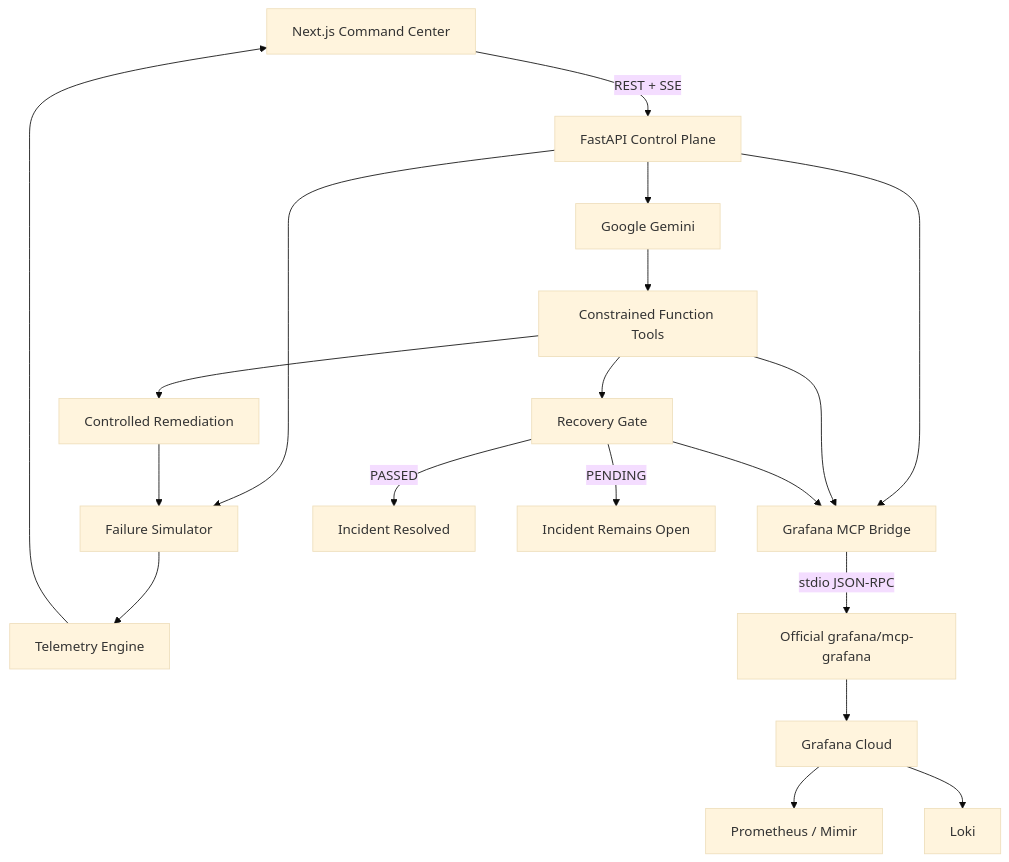
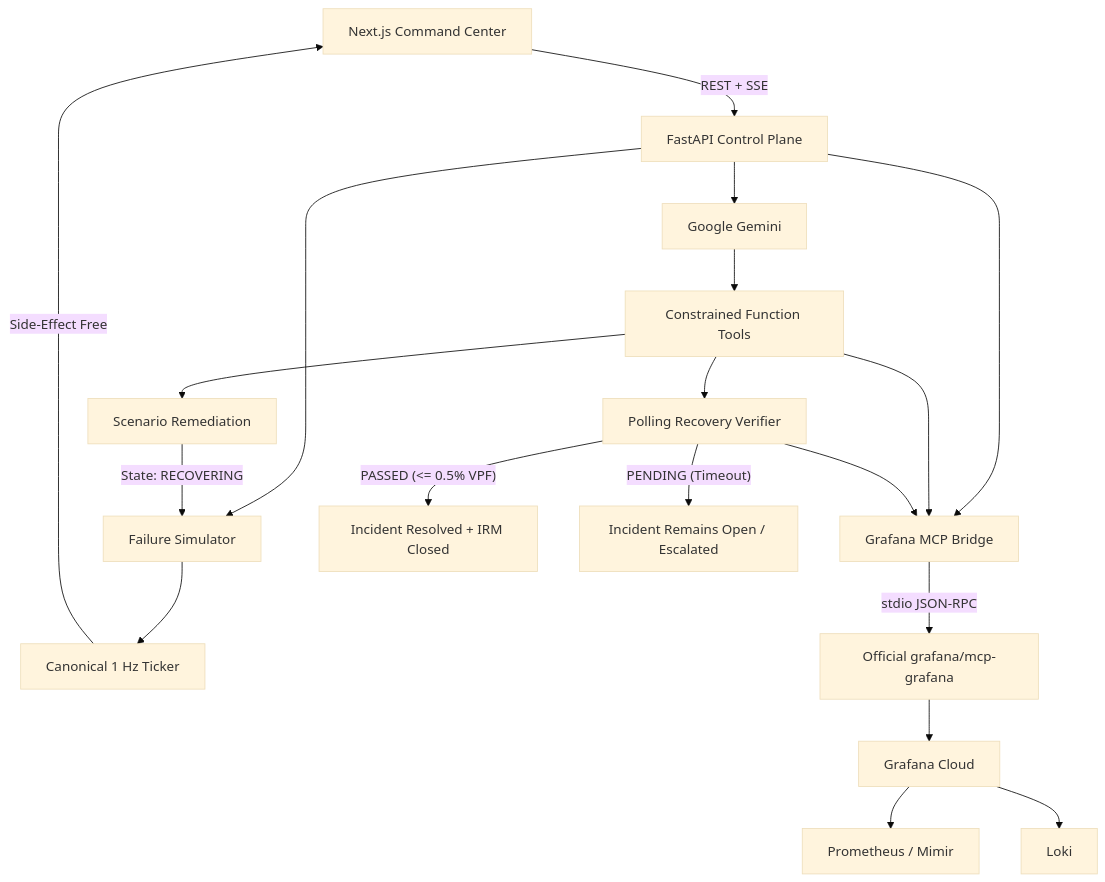
One commit to bobybarack/continuity-sre changed the diagram in README.md. Above: the diagram before and after it, drawn with Mermaid (base theme). The commit also changed other lines of this file, not shown here.

````diff
--- a/README.md
+++ b/README.md
@@ -80,38 +90,38 @@
 ```mermaid
 flowchart TD
     UI["Next.js Command Center"]
     API["FastAPI Control Plane"]
     CHAOS["Failure Simulator"]
-    TELEMETRY["Telemetry Engine"]
+    TICKER["Canonical 1 Hz Ticker"]
     GEMINI["Google Gemini"]
     TOOLS["Constrained Function Tools"]
     BRIDGE["Grafana MCP Bridge"]
     MCP["Official grafana/mcp-grafana"]
     GRAFANA["Grafana Cloud"]
     PROM["Prometheus / Mimir"]
     LOKI["Loki"]
-    ACTION["Controlled Remediation"]
-    VERIFY["Recovery Gate"]
+    ACTION["Scenario Remediation"]
+    VERIFY["Polling Recovery Verifier"]
 
     UI -->|"REST + SSE"| API
     API --> CHAOS
-    CHAOS --> TELEMETRY
-    TELEMETRY --> UI
+    CHAOS --> TICKER
+    TICKER -->|"Side-Effect Free"| UI
 
     API --> BRIDGE
     BRIDGE -->|"stdio JSON-RPC"| MCP
     MCP --> GRAFANA
     GRAFANA --> PROM
     GRAFANA --> LOKI
 
     API --> GEMINI
     GEMINI --> TOOLS
     TOOLS --> BRIDGE
     TOOLS --> ACTION
     TOOLS --> VERIFY
 
-    ACTION --> CHAOS
+    ACTION -->|"State: RECOVERING"| CHAOS
     VERIFY --> BRIDGE
-    VERIFY -->|"PASSED"| RESOLVED["Incident Resolved"]
-    VERIFY -->|"PENDING"| OPEN["Incident Remains Open"]
+    VERIFY -->|"PASSED (<= 0.5% VPF)"| RESOLVED["Incident Resolved + IRM Closed"]
+    VERIFY -->|"PENDING (Timeout)"| ESCALATED["Incident Remains Open / Escalated"]
 ```
````
